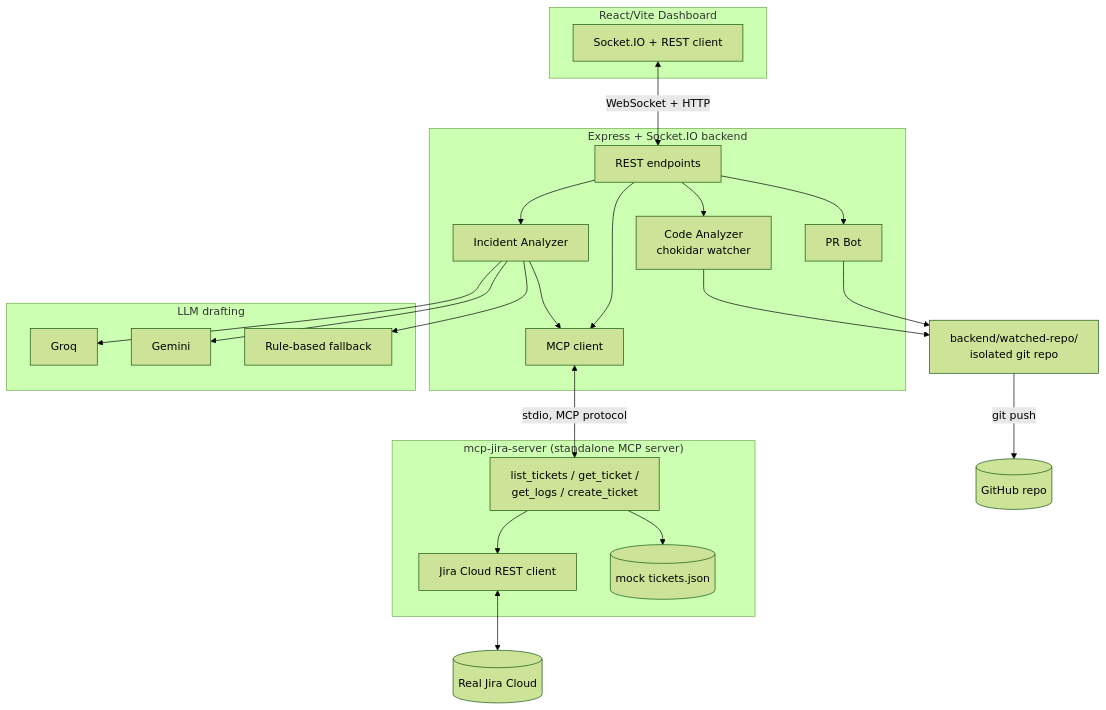
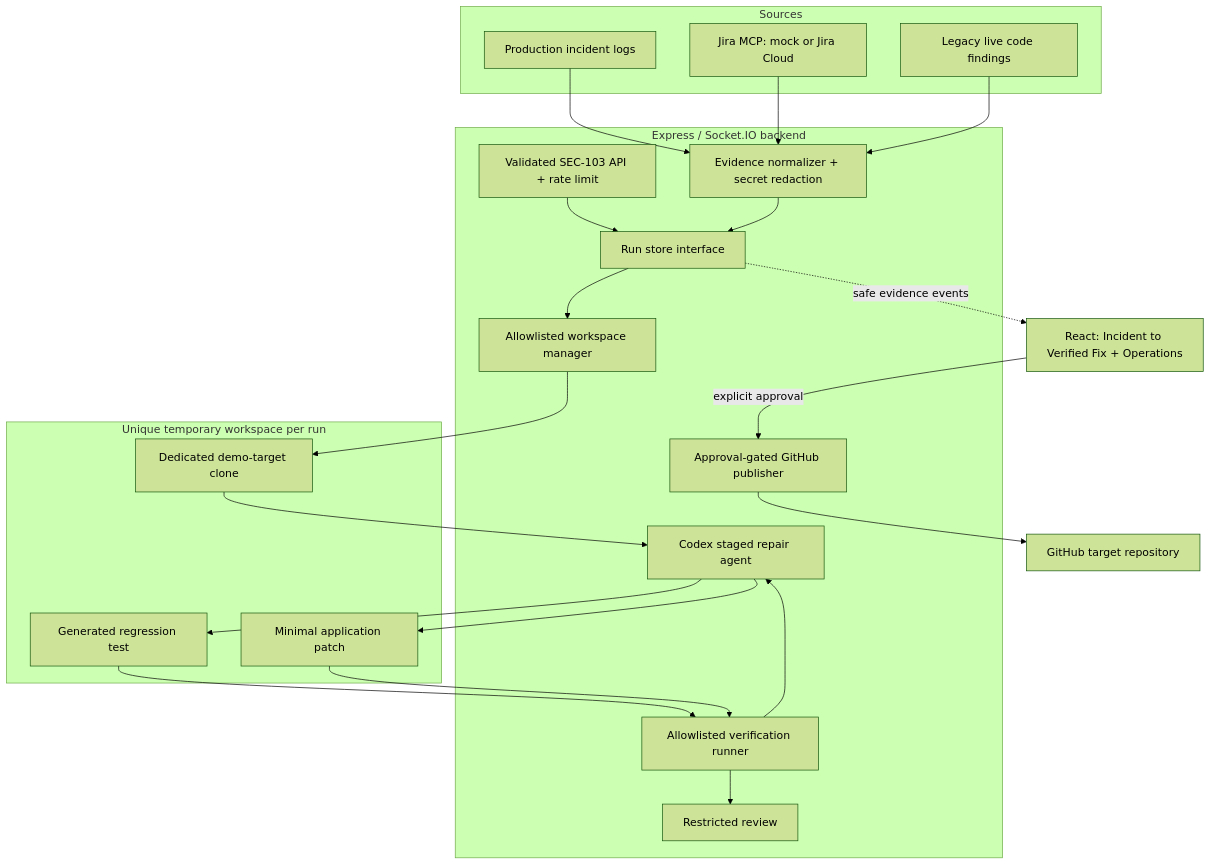
The first of 2 diagrams in ARCHITECTURE.md (Nagarjunaracakunta/DevSecOps), drawn with Mermaid (forest theme) before and after one commit. The commit also changed other lines of this file and 34 other files, not shown here.

Commit message:
feat: add OpenAI Codex incident-to-verified-fix workflow

````diff
--- a/ARCHITECTURE.md
+++ b/ARCHITECTURE.md
@@ -33,47 +5,43 @@
 ```mermaid
 flowchart TB
-    subgraph Frontend["React/Vite Dashboard"]
-        UI[Socket.IO + REST client]
-    end
+  subgraph Sources
+    Logs[Production incident logs]
+    Jira[Jira MCP: mock or Jira Cloud]
+    Scan[Legacy live code findings]
+  end
+  subgraph Backend["Express / Socket.IO backend"]
+    API[Validated SEC-103 API + rate limit]
+    Evidence[Evidence normalizer + secret redaction]
+    Store[Run store interface]
+    Workspace[Allowlisted workspace manager]
+    Agent[Codex staged repair agent]
+    Verify[Allowlisted verification runner]
+    Review[Restricted review]
+    Publisher[Approval-gated GitHub publisher]
+  end
+  subgraph Isolated["Unique temporary workspace per run"]
+    Target[Dedicated demo-target clone]
+    Test[Generated regression test]
+    Patch[Minimal application patch]
+  end
+  UI[React: Incident to Verified Fix + Operations]
+  GH[GitHub target repository]
 
-    subgraph Backend["Express + Socket.IO backend"]
-        API[REST endpoints]
-        CA[Code Analyzer<br/>chokidar watcher]
-        PR[PR Bot]
-        IA[Incident Analyzer]
-        MJ[MCP client]
-    end
-
-    subgraph MCP["mcp-jira-server (standalone MCP server)"]
-        Tools[list_tickets / get_ticket /<br/>get_logs / create_ticket]
-        JC[Jira Cloud REST client]
-        Mock[(mock tickets.json)]
-    end
-
-    subgraph LLM["LLM drafting"]
-        Groq[Groq]
-        Gemini[Gemini]
-        Rules[Rule-based fallback]
-    end
-
-    Jira[(Real Jira Cloud)]
-    GitHub[(GitHub repo)]
-    WatchedRepo[backend/watched-repo/<br/>isolated git repo]
-
-    UI <--> |WebSocket + HTTP| API
-    API --> CA
-    API --> PR
-    API --> IA
-    API --> MJ
-    MJ <--> |stdio, MCP protocol| Tools
-    Tools --> JC
-    Tools --> Mock
-    JC <--> Jira
-    PR --> WatchedRepo
-    WatchedRepo --> |git push| GitHub
-    IA --> Groq
-    IA --> Gemini
-    IA --> Rules
-    IA --> MJ
-    CA --> WatchedRepo
+  Logs --> Evidence
+  Jira --> Evidence
+  Scan --> Evidence
+  API --> Store
+  Evidence --> Store
+  Store --> Workspace
+  Workspace --> Target
+  Target --> Agent
+  Agent --> Test
+  Test --> Verify
+  Verify --> Agent
+  Agent --> Patch
+  Patch --> Verify
+  Verify --> Review
+  Store -. safe evidence events .-> UI
+  UI -->|explicit approval| Publisher
+  Publisher --> GH
 ```
````
